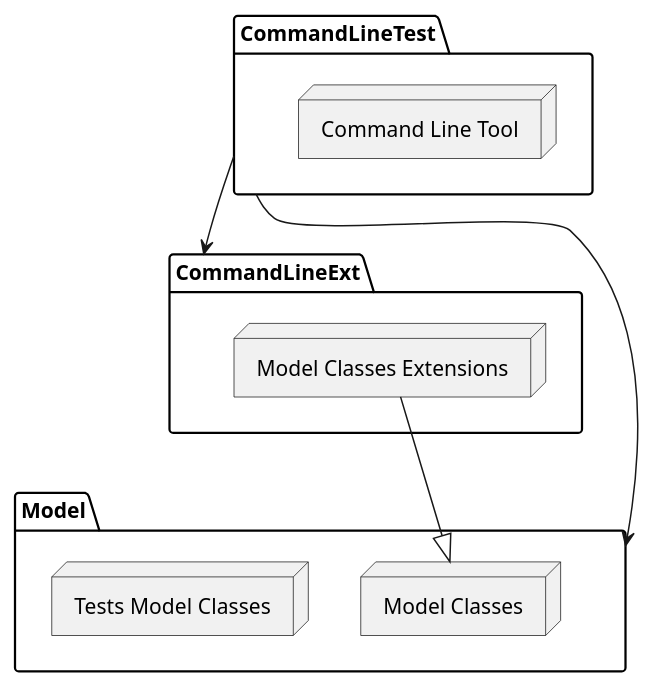
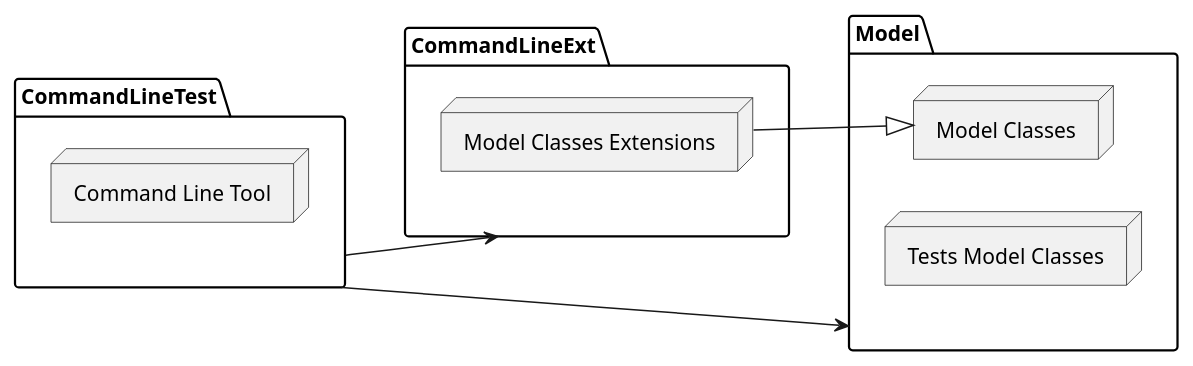
Before and after one commit to axdelafuen/doushouqi: the first of 2 diagrams in README.md, drawn with PlantUML.

````diff
--- a/README.md
+++ b/README.md
@@ -47,23 +47,24 @@
 ```plantuml
 @startuml
+left to right direction
 
 "CommandLineTest" --> "CommandLineExt"
 "CommandLineTest" --> "Model"
 
 package "CommandLineTest" {
   node "Command Line Tool" 
 }
 
 package "CommandLineExt" {
   node "Model Classes Extensions"
 }
 
 package "Model" {
   node "Model Classes"
   node "Tests Model Classes"
 }
 
 "Model Classes Extensions" --|> "Model Classes"
 
 @enduml
 ```
````
